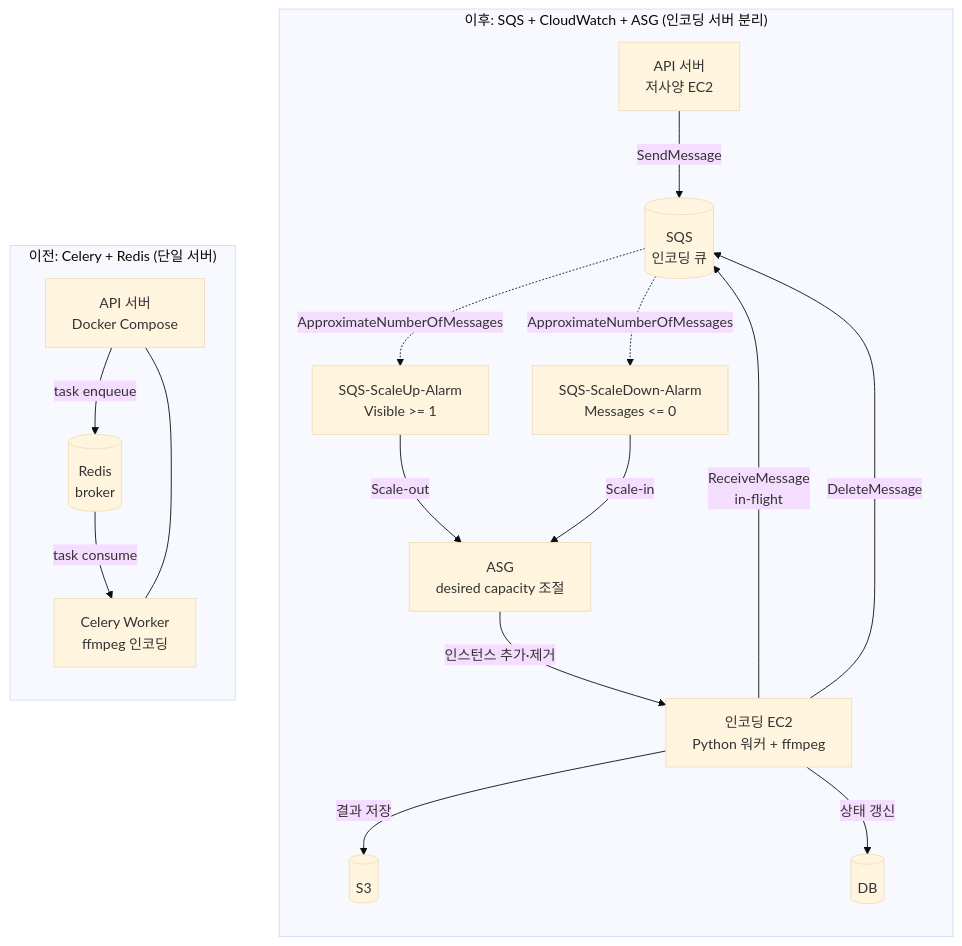
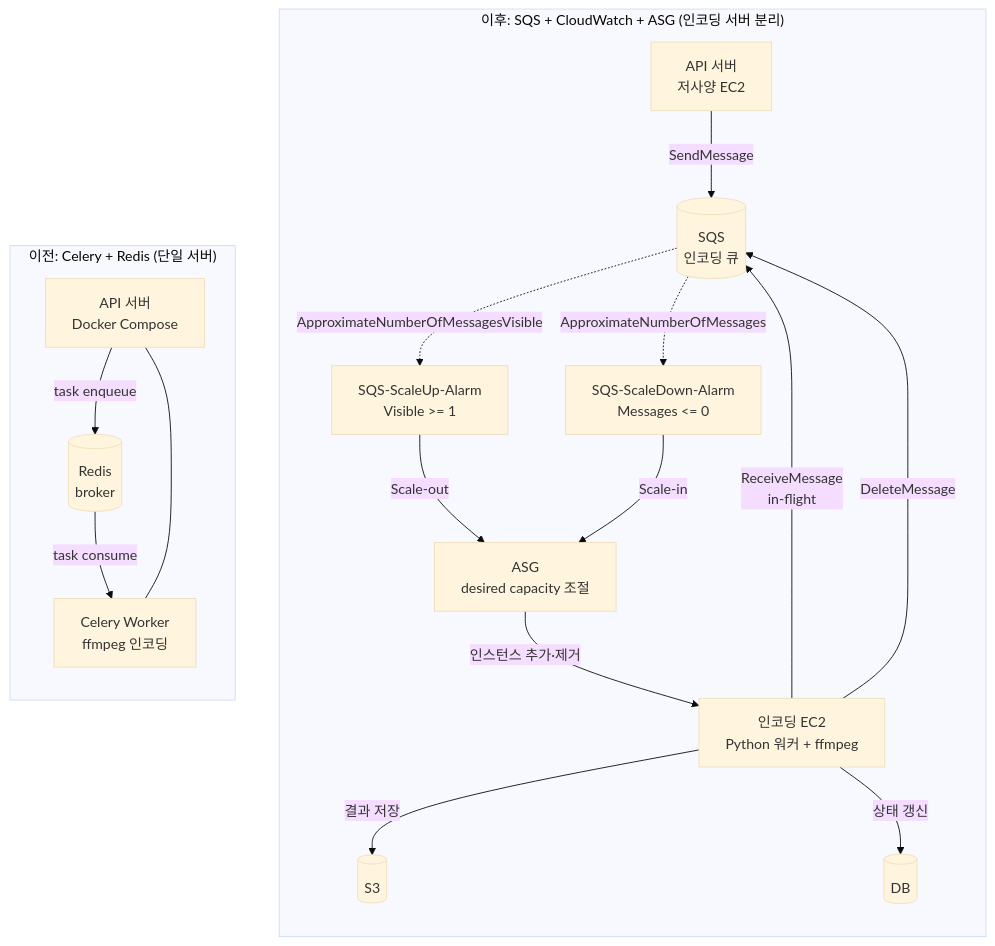
The first of 2 diagrams in content/posts/2026/06/23/class-s-encoding-server-split-cost-saving/index.md (DSeung001/dseung001.github.io), drawn with Mermaid (base theme) before and after one commit. The commit also changed other lines of this file and 1 other file, not shown here.

````diff
--- a/content/posts/2026/06/23/class-s-encoding-server-split-cost-saving/index.md
+++ b/content/posts/2026/06/23/class-s-encoding-server-split-cost-saving/index.md
@@ -51,36 +51,36 @@
 ```mermaid
 flowchart TB
 
     subgraph after["이후: SQS + CloudWatch + ASG (인코딩 서버 분리)"]
         direction TB
         A_API["API 서버<br/>저사양 EC2"]
         A_SQS[("SQS<br/>인코딩 큐")]
         A_CW_UP["SQS-ScaleUp-Alarm<br/>Visible >= 1"]
         A_CW_DOWN["SQS-ScaleDown-Alarm<br/>Messages <= 0"]
         A_ASG["ASG<br/>desired capacity 조절"]
         A_WORKER["인코딩 EC2<br/>Python 워커 + ffmpeg"]
         A_S3[("S3")]
         A_DB[("DB")]
 
         A_API -->|"SendMessage"| A_SQS
-        A_SQS -.->|"ApproximateNumberOfMessages"| A_CW_UP
+        A_SQS -.->|"ApproximateNumberOfMessagesVisible"| A_CW_UP
         A_SQS -.->|"ApproximateNumberOfMessages"| A_CW_DOWN
         A_CW_UP -->|"Scale-out"| A_ASG
         A_CW_DOWN -->|"Scale-in"| A_ASG
         A_ASG -->|"인스턴스 추가·제거"| A_WORKER
         A_WORKER -->|"ReceiveMessage<br/>in-flight"| A_SQS
         A_WORKER -->|"결과 저장"| A_S3
         A_WORKER -->|"상태 갱신"| A_DB
         A_WORKER -->|"DeleteMessage"| A_SQS
     end
 
     subgraph before["이전: Celery + Redis (단일 서버)"]
         direction TB
         B_API["API 서버<br/>Docker Compose"]
         B_REDIS[("Redis<br/>broker")]
         B_CELERY["Celery Worker<br/>ffmpeg 인코딩"]
         B_API -->|"task enqueue"| B_REDIS
         B_REDIS -->|"task consume"| B_CELERY
         B_API --- B_CELERY
     end
 ```
````
